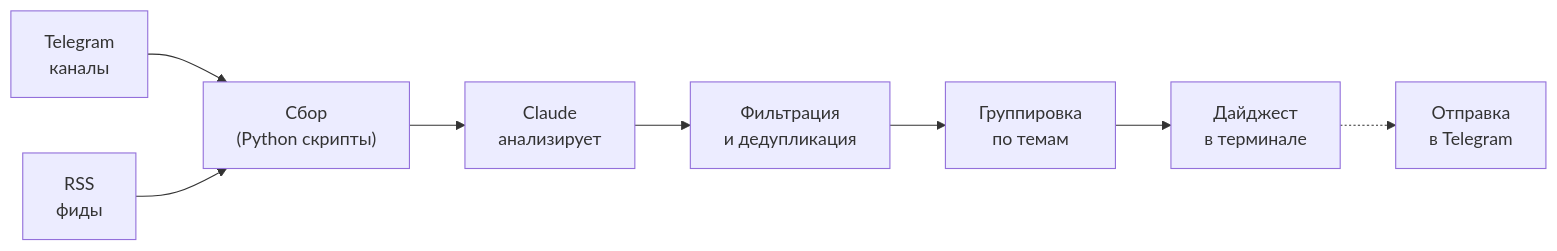
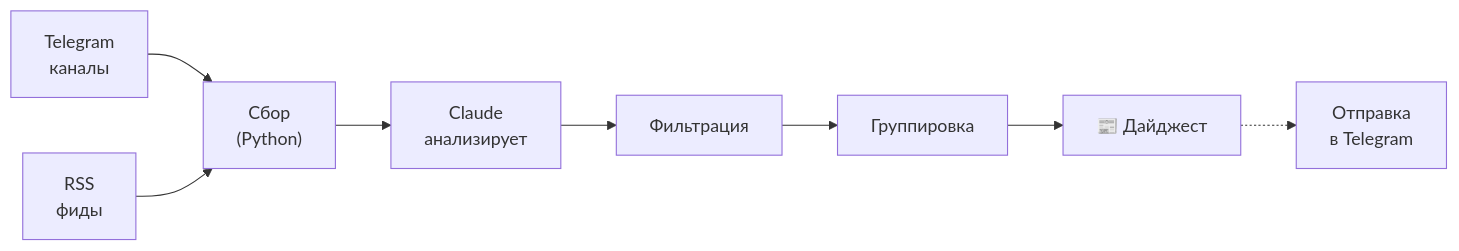
Before and after one commit to alxyrgin/news-digest-skill: the first of 2 diagrams in README.md, drawn with Mermaid. The commit also changed other lines of this file, not shown here.

````diff
--- a/README.md
+++ b/README.md
@@ -19,9 +19,9 @@
 ```mermaid
 flowchart LR
-    A["Telegram<br/>каналы"] & B["RSS<br/>фиды"] --> C["Сбор<br/>(Python скрипты)"]
+    A["Telegram<br/>каналы"] & B["RSS<br/>фиды"] --> C["Сбор<br/>(Python)"]
     C --> D["Claude<br/>анализирует"]
-    D --> E["Фильтрация<br/>и дедупликация"]
-    E --> F["Группировка<br/>по темам"]
-    F --> G["Дайджест<br/>в терминале"]
+    D --> E["Фильтрация"]
+    E --> F["Группировка"]
+    F --> G["📰 Дайджест"]
     G -.-> H["Отправка<br/>в Telegram"]
 ```
````
